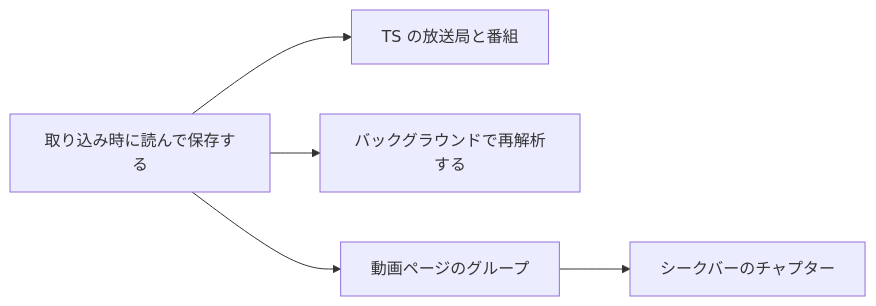
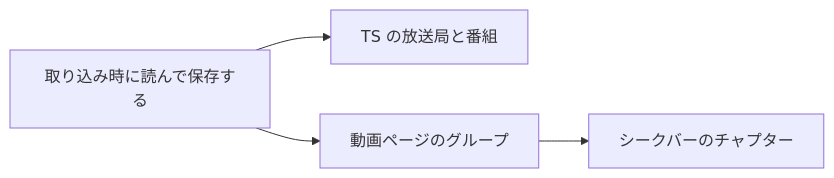
Before and after one commit to syudead/vv: the second of 2 diagrams in translations/ja/specs/056-media-info/plan.md, drawn with Mermaid. The commit also changed other lines of this file and 6 other files, not shown here.

````diff
--- a/translations/ja/specs/056-media-info/plan.md
+++ b/translations/ja/specs/056-media-info/plan.md
@@ -133,7 +124,6 @@
 ```mermaid
 flowchart LR
   read[取り込み時に読んで保存する] --> ts[TS の放送局と番組]
-  read --> backfill[バックグラウンドで再解析する]
   read --> page[動画ページのグループ]
   page --> chapters[シークバーのチャプター]
 ```
````
